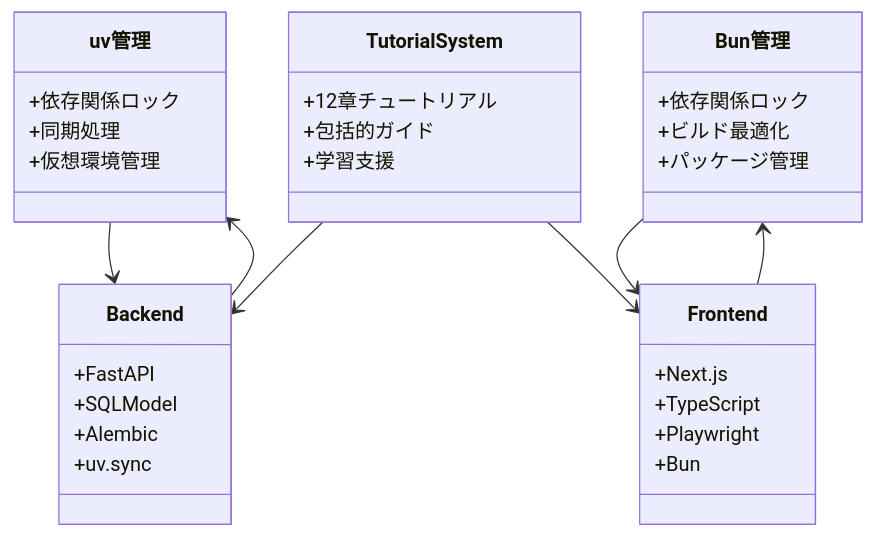
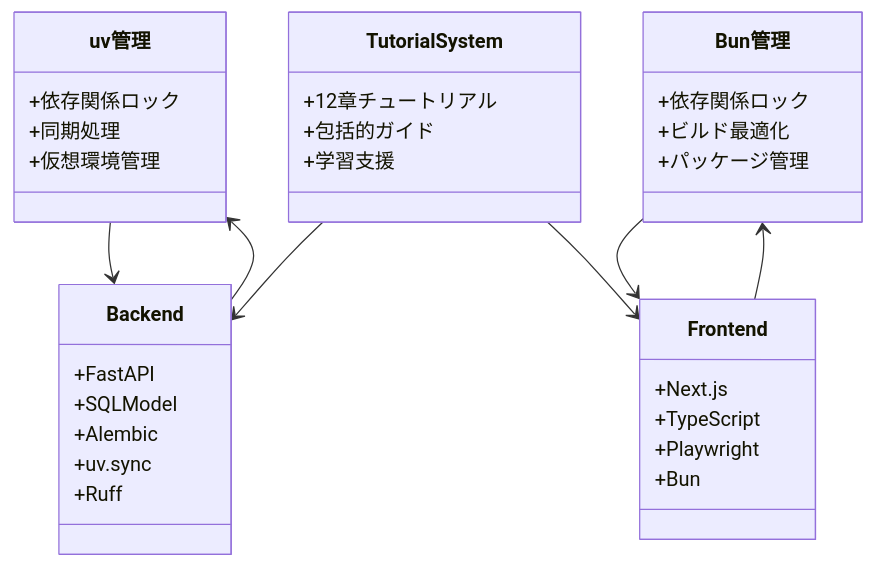
Before and after one commit to ss8806/Todos: the fifth of 7 diagrams in .qoder/repowiki/ja/content/開発ワークフロー/開発ワークフロー.md, drawn with Mermaid. The commit also changed other lines of this file and 9 other files, not shown here.

````diff
--- a/.qoder/repowiki/ja/content/開発ワークフロー/開発ワークフロー.md
+++ b/.qoder/repowiki/ja/content/開発ワークフロー/開発ワークフロー.md
@@ -297,36 +313,37 @@
 ```mermaid
 classDiagram
 class uv管理 {
 +依存関係ロック
 +同期処理
 +仮想環境管理
 }
 class Bun管理 {
 +依存関係ロック
 +ビルド最適化
 +パッケージ管理
 }
 class Backend {
 +FastAPI
 +SQLModel
 +Alembic
 +uv.sync
++Ruff
 }
 class Frontend {
 +Next.js
 +TypeScript
 +Playwright
 +Bun
 }
 class TutorialSystem {
 +12章チュートリアル
 +包括的ガイド
 +学習支援
 }
 uv管理 --> Backend
 Bun管理 --> Frontend
 Backend --> uv管理
 Frontend --> Bun管理
 TutorialSystem --> Backend
 TutorialSystem --> Frontend
 ```
````
